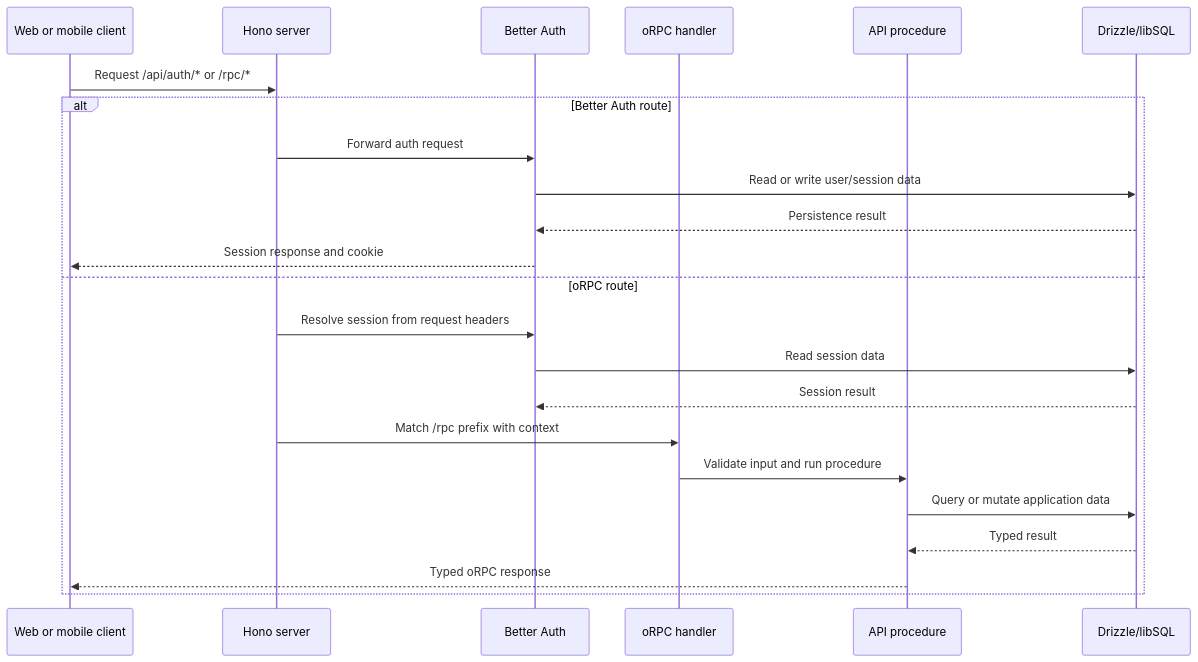
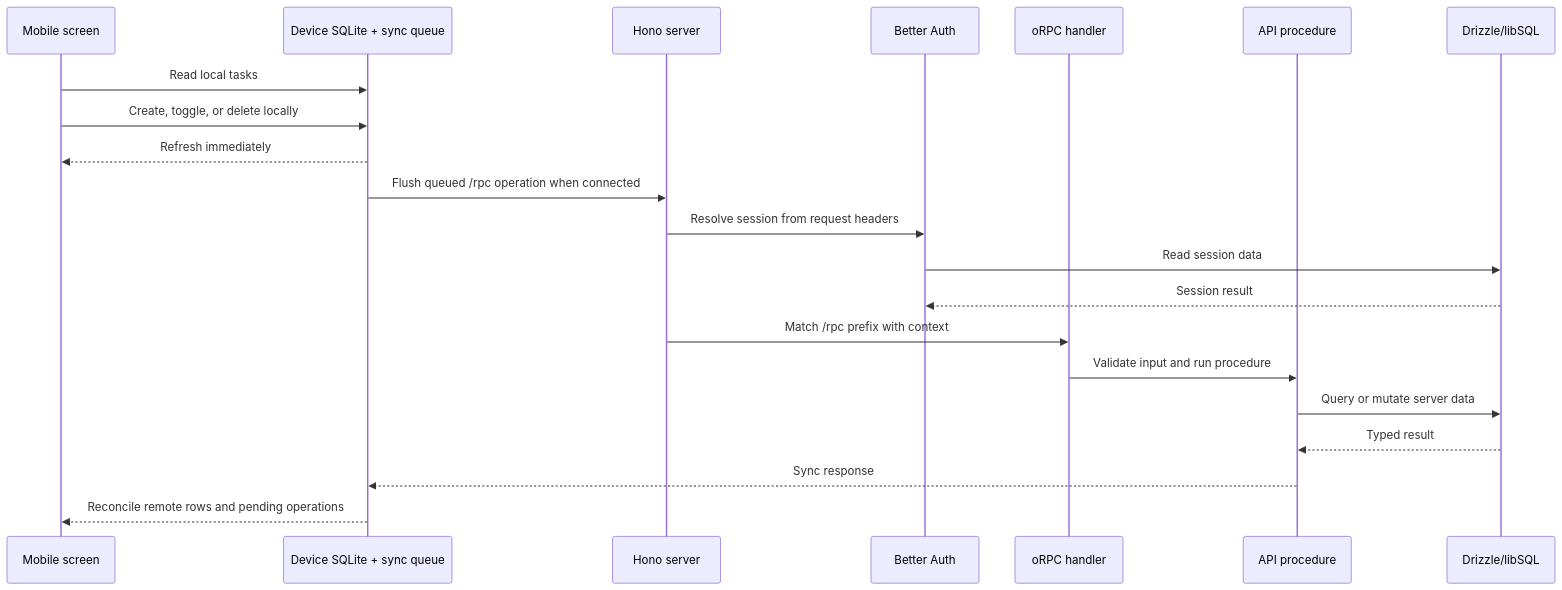
The second of 3 diagrams in docs/ARCHITECTURE.md (matheuseabra/fullstack-expo-app-template), drawn with Mermaid before and after one commit. The commit also changed other lines of this file and 9 other files, not shown here.

````diff
--- a/docs/ARCHITECTURE.md
+++ b/docs/ARCHITECTURE.md
@@ -29,26 +34,24 @@
 ```mermaid
 sequenceDiagram
-    participant C as Web or mobile client
+    participant M as Mobile screen
+    participant L as Device SQLite + sync queue
     participant H as Hono server
     participant A as Better Auth
     participant R as oRPC handler
     participant P as API procedure
     participant D as Drizzle/libSQL
 
-    C->>H: Request /api/auth/* or /rpc/*
-    alt Better Auth route
-        H->>A: Forward auth request
-        A->>D: Read or write user/session data
-        D-->>A: Persistence result
-        A-->>C: Session response and cookie
-    else oRPC route
-        H->>A: Resolve session from request headers
-        A->>D: Read session data
-        D-->>A: Session result
-        H->>R: Match /rpc prefix with context
-        R->>P: Validate input and run procedure
-        P->>D: Query or mutate application data
-        D-->>P: Typed result
-        P-->>C: Typed oRPC response
-    end
+    M->>L: Read local tasks
+    M->>L: Create, toggle, or delete locally
+    L-->>M: Refresh immediately
+    L->>H: Flush queued /rpc operation when connected
+    H->>A: Resolve session from request headers
+    A->>D: Read session data
+    D-->>A: Session result
+    H->>R: Match /rpc prefix with context
+    R->>P: Validate input and run procedure
+    P->>D: Query or mutate server data
+    D-->>P: Typed result
+    P-->>L: Sync response
+    L-->>M: Reconcile remote rows and pending operations
 ```
````
